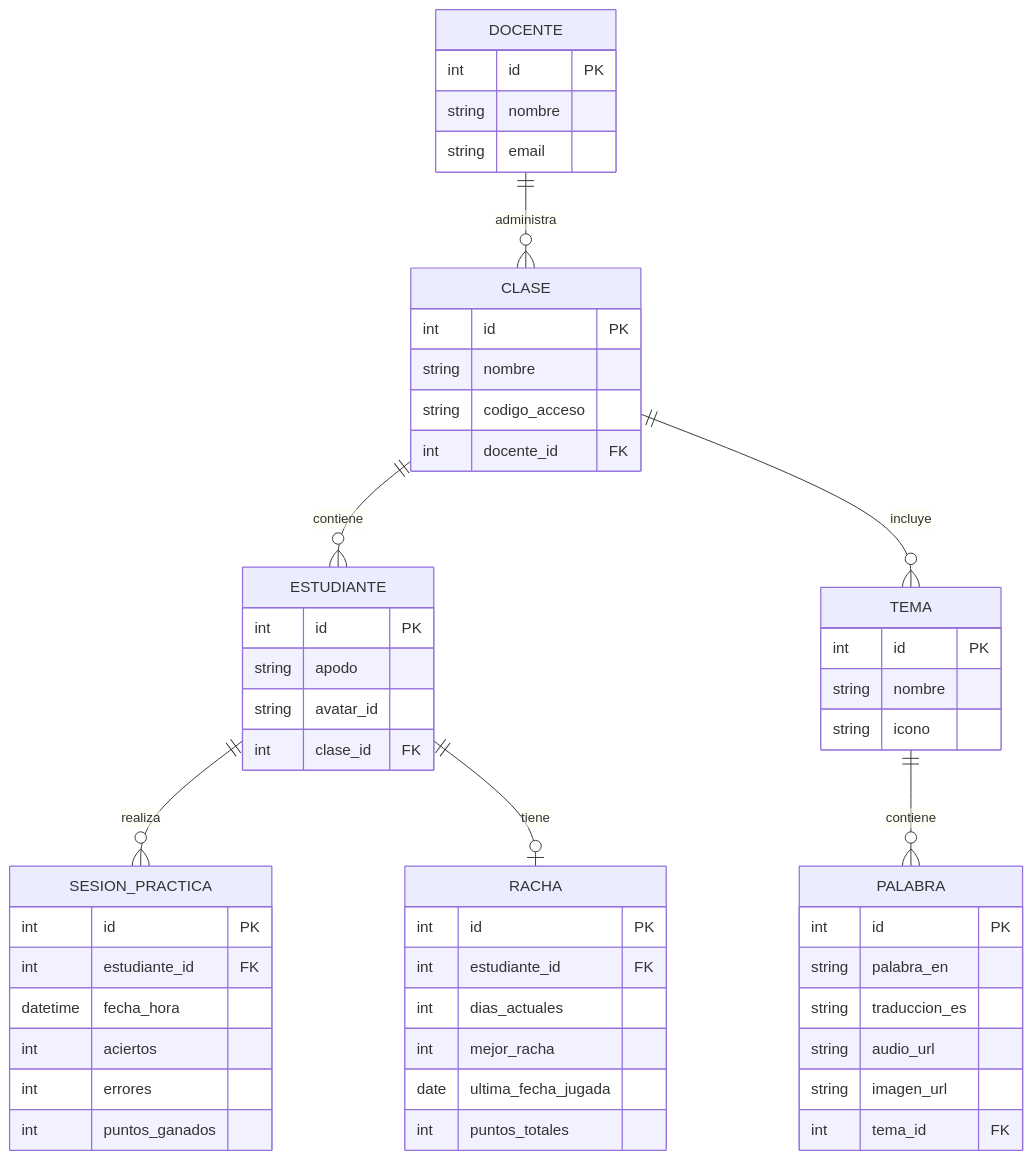
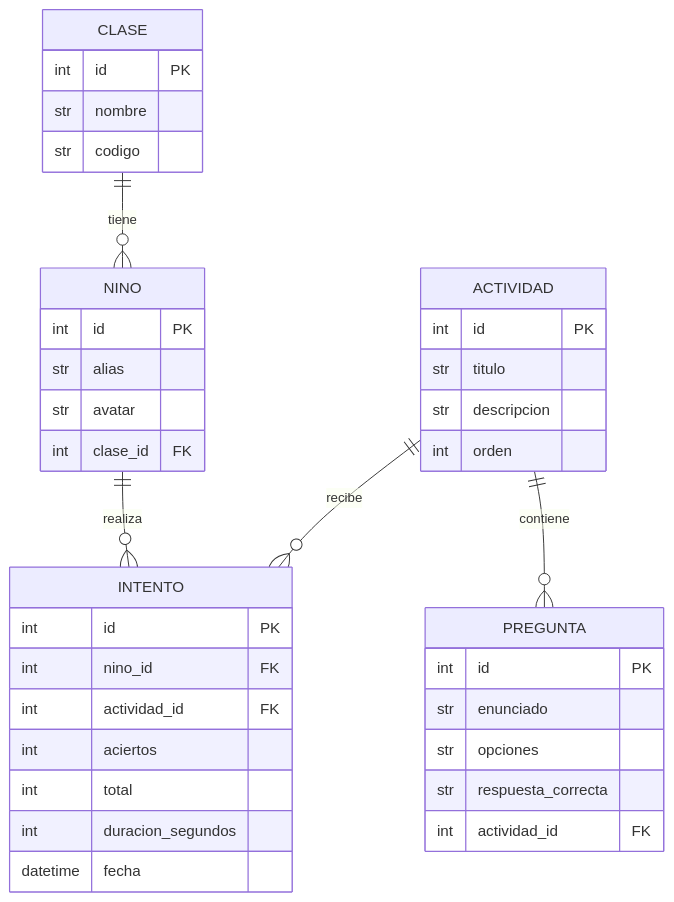
One commit to ivanch1-23/plataforma-ludica changed the diagram in specs/plan.md. Above: the diagram before and after it, drawn with Mermaid. The commit also changed other lines of this file and 2 other files, not shown here.

Commit message:
Agrega la especificación del MVP, respuestas del cliente y diagrama ER

````diff
--- a/specs/plan.md
+++ b/specs/plan.md
@@ -15,62 +17,45 @@
 ```mermaid
 erDiagram
-    DOCENTE ||--o{ CLASE : administra
-    CLASE ||--o{ ESTUDIANTE : contiene
-    CLASE ||--o{ TEMA : incluye
-    TEMA ||--o{ PALABRA : contiene
-    ESTUDIANTE ||--o{ SESION_PRACTICA : realiza
-    ESTUDIANTE ||--o| RACHA : tiene
-
-    DOCENTE {
-        int id PK
-        string nombre
-        string email
-    }
+    CLASE ||--o{ NINO : tiene
+    ACTIVIDAD ||--o{ PREGUNTA : contiene
+    NINO ||--o{ INTENTO : realiza
+    ACTIVIDAD ||--o{ INTENTO : recibe
 
     CLASE {
         int id PK
-        string nombre
-        string codigo_acceso
-        int docente_id FK
+        str nombre
+        str codigo
     }
 
-    ESTUDIANTE {
+    NINO {
         int id PK
-        string apodo
-        string avatar_id
+        str alias
+        str avatar
         int clase_id FK
     }
 
-    RACHA {
+    ACTIVIDAD {
         int id PK
-        int estudiante_id FK
-        int dias_actuales
-        int mejor_racha
-        date ultima_fecha_jugada
-        int puntos_totales
+        str titulo
+        str descripcion
+        int orden
     }
 
-    TEMA {
+    PREGUNTA {
         int id PK
-        string nombre
-        string icono
+        str enunciado
+        str opciones
+        str respuesta_correcta
+        int actividad_id FK
     }
 
-    PALABRA {
+    INTENTO {
         int id PK
-        string palabra_en
-        string traduccion_es
-        string audio_url
-        string imagen_url
-        int tema_id FK
-    }
-
-    SESION_PRACTICA {
-        int id PK
-        int estudiante_id FK
-        datetime fecha_hora
+        int nino_id FK
+        int actividad_id FK
         int aciertos
-        int errores
-        int puntos_ganados
+        int total
+        int duracion_segundos
+        datetime fecha
     }
 ```
````
